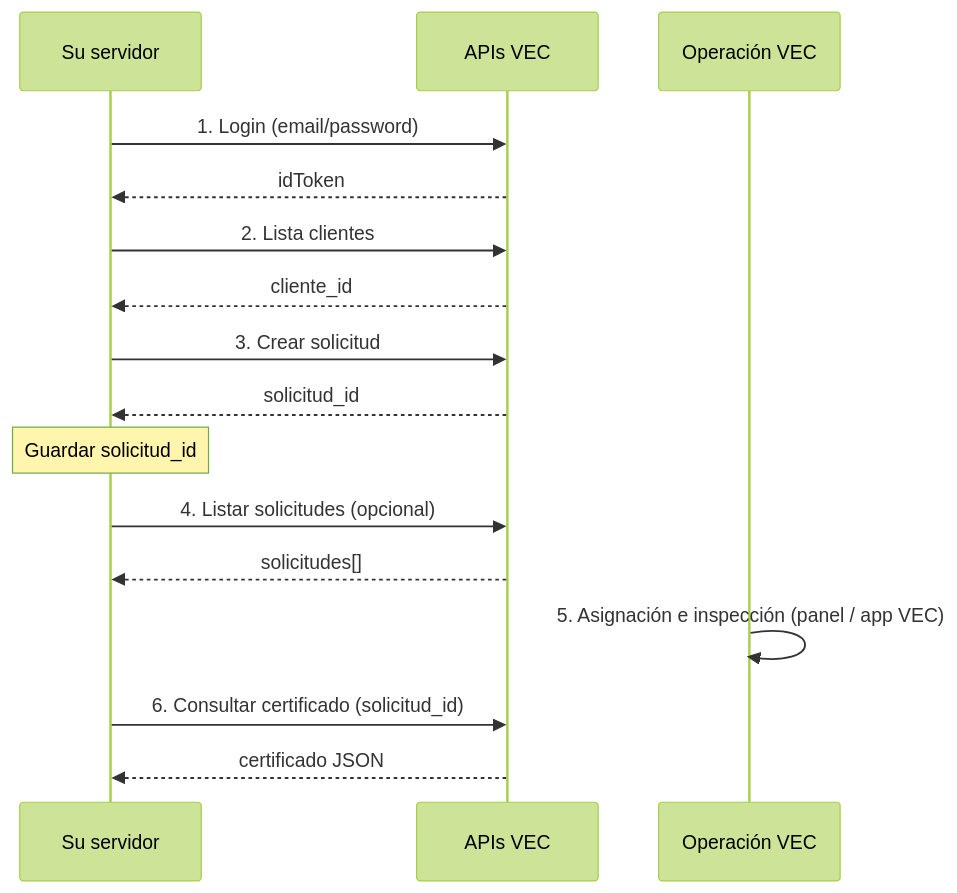
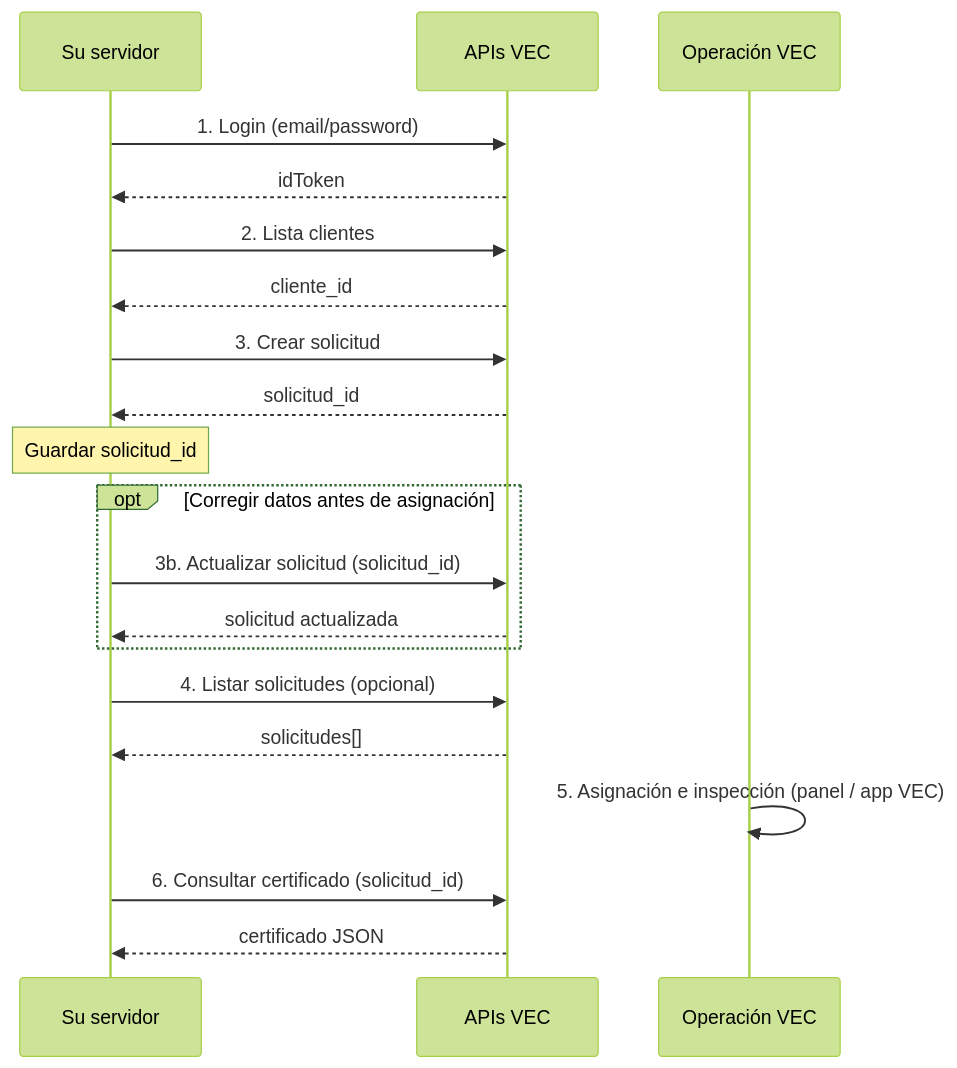
One commit to cuauhtemocvs/documentacion-vec changed the diagram in prevalidador/README.md. Above: the diagram before and after it, drawn with Mermaid (forest theme). The commit also changed other lines of this file and 4 other files, not shown here.

````diff
--- a/prevalidador/README.md
+++ b/prevalidador/README.md
@@ -23,19 +24,23 @@
 ```mermaid
 sequenceDiagram
   participant Usted as Su servidor
   participant VEC as APIs VEC
   participant Ops as Operación VEC
 
   Usted->>VEC: 1. Login (email/password)
   VEC-->>Usted: idToken
   Usted->>VEC: 2. Lista clientes
   VEC-->>Usted: cliente_id
   Usted->>VEC: 3. Crear solicitud
   VEC-->>Usted: solicitud_id
   Note over Usted: Guardar solicitud_id
+  opt Corregir datos antes de asignación
+    Usted->>VEC: 3b. Actualizar solicitud (solicitud_id)
+    VEC-->>Usted: solicitud actualizada
+  end
   Usted->>VEC: 4. Listar solicitudes (opcional)
   VEC-->>Usted: solicitudes[]
   Ops->>Ops: 5. Asignación e inspección (panel / app VEC)
   Usted->>VEC: 6. Consultar certificado (solicitud_id)
   VEC-->>Usted: certificado JSON
 ```
````
